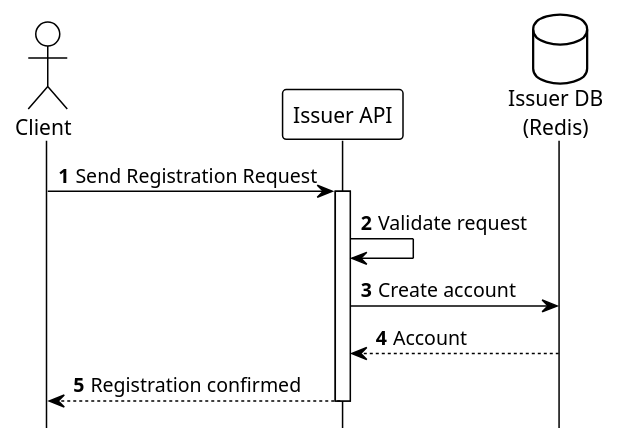
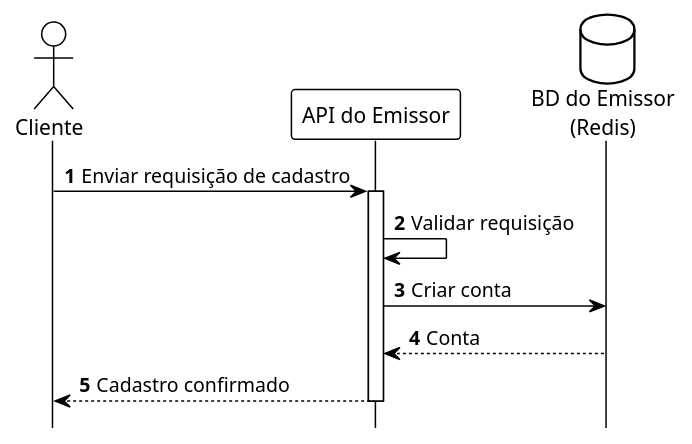
Before and after one commit to otaviootavio/nanomoni: the diagram in umls/phase1a-registration.puml, drawn with PlantUML. The commit also changed 161 other files, not shown here.

```diff
--- a/umls/phase1a-registration.puml
+++ b/umls/phase1a-registration.puml
@@ -1,22 +1,22 @@
 @startuml Phase1a_Registration
 
 !theme plain
 autonumber
 
 hide footbox
 
-actor "Client" as Client
-participant "Issuer API" as Issuer
-database "Issuer DB\n(Redis)" as IssuerDB
+actor "Cliente" as Client
+participant "API do Emissor" as Issuer
+database "BD do Emissor\n(Redis)" as IssuerDB
 
-Client -> Issuer: Send Registration Request
+Client -> Issuer: Enviar requisição de cadastro
 activate Issuer
 
-Issuer -> Issuer: Validate request
-Issuer -> IssuerDB: Create account
-IssuerDB --> Issuer: Account
+Issuer -> Issuer: Validar requisição
+Issuer -> IssuerDB: Criar conta
+IssuerDB --> Issuer: Conta
 
-Issuer --> Client: Registration confirmed
+Issuer --> Client: Cadastro confirmado
 deactivate Issuer
 
 @enduml
```
